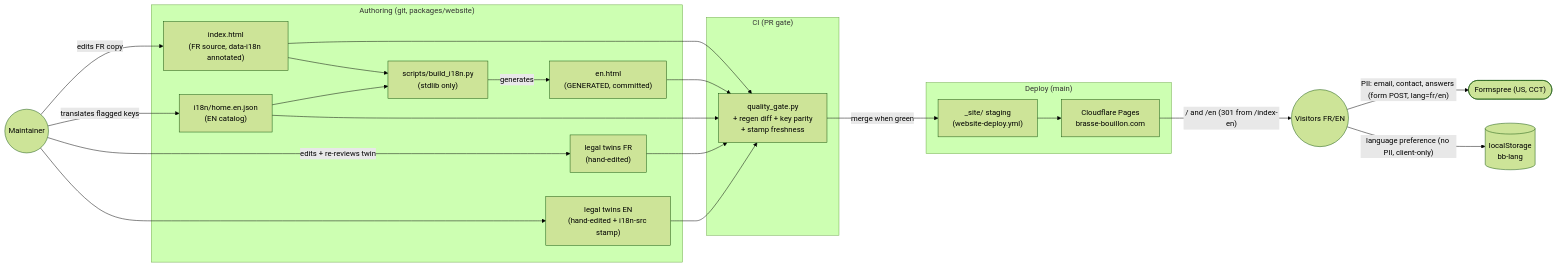
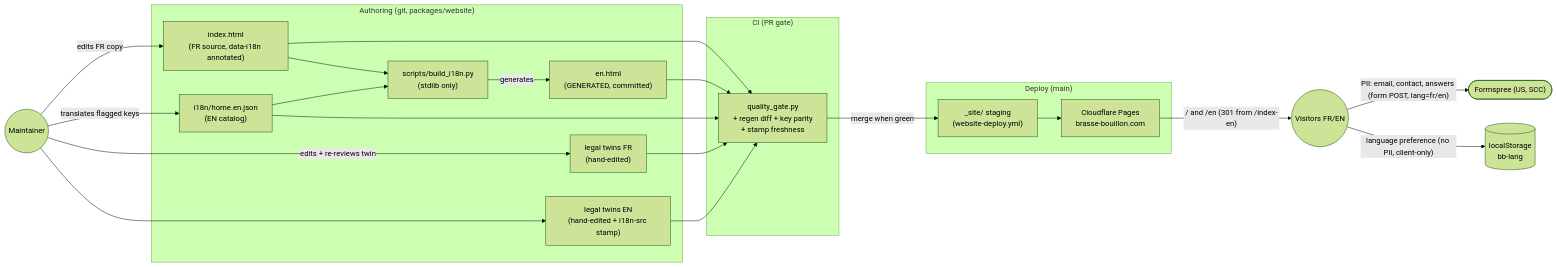
One commit to benoit-bremaud/brasse-bouillon changed the diagram in docs/architecture/diagrams/website-i18n/03-data-flow-content-pipeline.md. Above: the diagram before and after it, drawn with Mermaid (forest theme). The commit also changed other lines of this file and 4 other files, not shown here.

First line of the commit message:
docs(website/architecture): fold 6-reviewer conception review into ADR-0027 + UML

````diff
--- a/docs/architecture/diagrams/website-i18n/03-data-flow-content-pipeline.md
+++ b/docs/architecture/diagrams/website-i18n/03-data-flow-content-pipeline.md
@@ -16,40 +16,40 @@
 ```mermaid
 flowchart LR
   M((Maintainer))
   subgraph Authoring ["Authoring (git, packages/website)"]
     FR["index.html<br/>(FR source, data-i18n annotated)"]
     CAT["i18n/home.en.json<br/>(EN catalog)"]
     GEN["scripts/build_i18n.py<br/>(stdlib only)"]
     EN["en.html<br/>(GENERATED, committed)"]
     LFR["legal twins FR<br/>(hand-edited)"]
     LEN["legal twins EN<br/>(hand-edited + i18n-src stamp)"]
   end
   subgraph CI ["CI (PR gate)"]
     QG["quality_gate.py<br/>+ regen diff + key parity<br/>+ stamp freshness"]
   end
   subgraph Deploy ["Deploy (main)"]
     SITE["_site/ staging<br/>(website-deploy.yml)"]
     CF["Cloudflare Pages<br/>brasse-bouillon.com"]
   end
   V(("Visitors FR/EN"))
-  FS(["Formspree (US, CCT)"])
+  FS(["Formspree (US, SCC)"])
   LS[("localStorage<br/>bb-lang")]
 
   M -->|"edits FR copy"| FR
   M -->|"translates flagged keys"| CAT
   FR --> GEN
   CAT --> GEN
   GEN -->|"generates"| EN
   M -->|"edits + re-reviews twin"| LFR
   M --> LEN
   FR --> QG
   EN --> QG
   CAT --> QG
   LFR --> QG
   LEN --> QG
   QG -->|"merge when green"| SITE
   SITE --> CF
   CF -->|"/ and /en (301 from /index-en)"| V
   V -->|"PII: email, contact, answers (form POST, lang=fr/en)"| FS
   V -->|"language preference (no PII, client-only)"| LS
 ```
````
